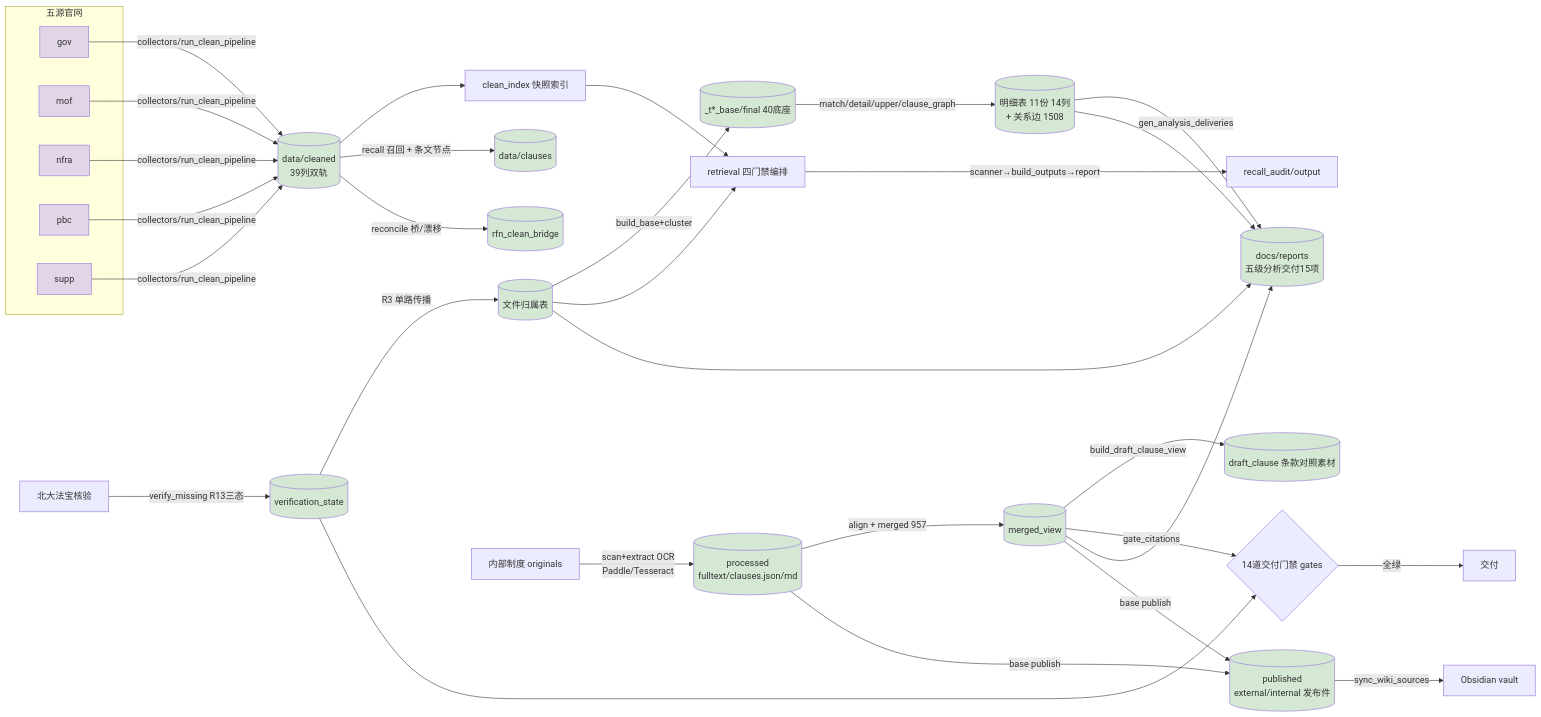
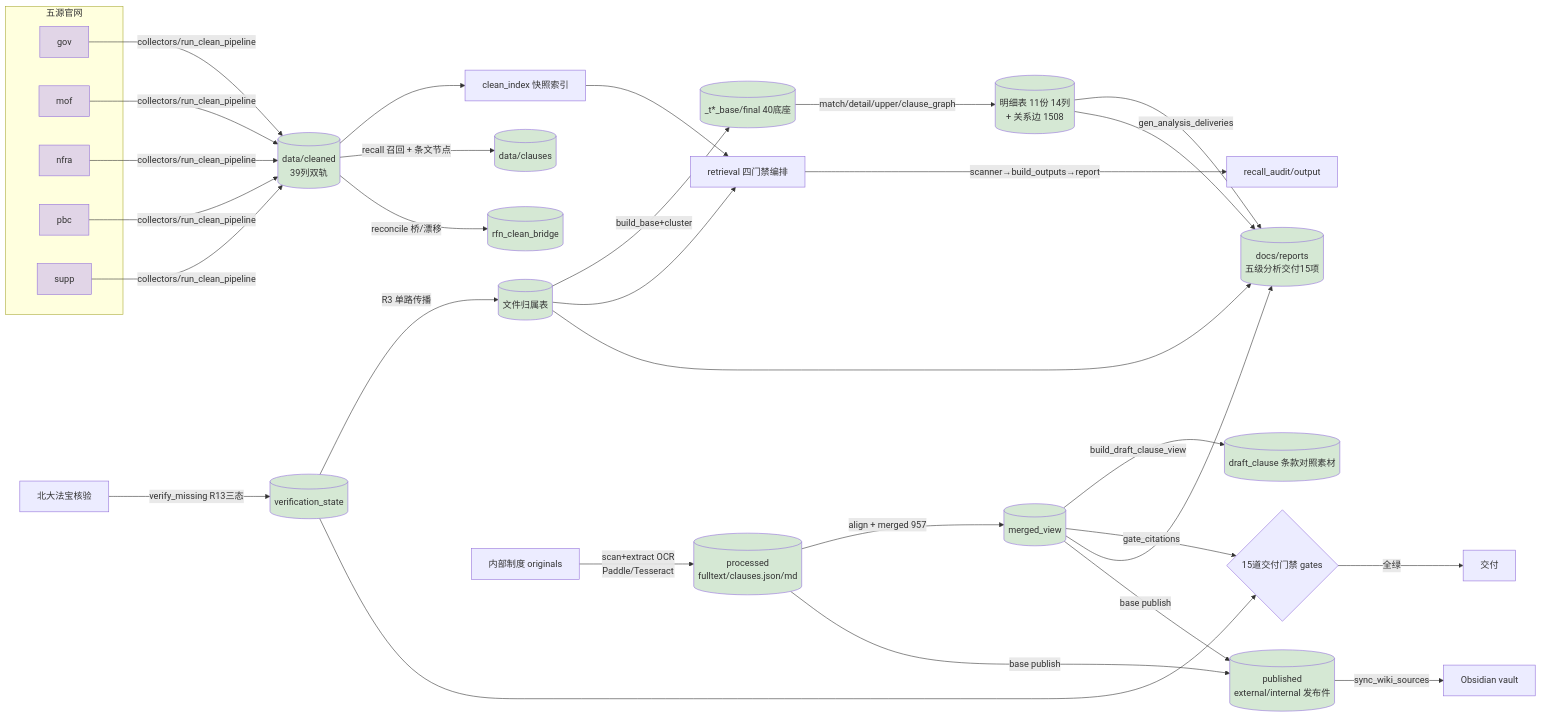
Before and after one commit to wangtierui/orchestrator: the second of 2 diagrams in README.md, drawn with Mermaid. The commit also changed other lines of this file and 9 other files, not shown here.

````diff
--- a/README.md
+++ b/README.md
@@ -174,30 +174,30 @@
 ```mermaid
 flowchart LR
     subgraph SRC[五源官网]
         G[gov] ; M[mof] ; N[nfra] ; P[pbc] ; S[supp]
     end
     G & M & N & P & S -->|collectors/run_clean_pipeline| C[(data/cleaned<br/>39列双轨)]
     C --> CI[clean_index 快照索引]
     C -->|recall 召回 + 条文节点| CL[(data/clauses)]
     C -->|reconcile 桥/漂移| B[(rfn_clean_bridge)]
     V[北大法宝核验] -->|verify_missing R13三态| ST[(verification_state)] -->|R3 单路传播| AT[(文件归属表)]
     AT -->|build_base+cluster| BS[(_t*_base/final 40底座)]
     BS -->|match/detail/upper/clause_graph| DT[(明细表 11份 14列<br/>+ 关系边 1508)]
     CI --> R[retrieval 四门禁编排]
     AT --> R
     R --->|scanner→build_outputs→report| OUT[recall_audit/output]
     INT[内部制度 originals] -->|scan+extract OCR<br/>Paddle/Tesseract| PC[(processed<br/>fulltext/clauses.json/md)]
     PC -->|align + merged 957| MV[(merged_view)]
     MV -->|build_draft_clause_view| DK[(draft_clause 条款对照素材)]
-    MV -->|gate_citations| G8{14道交付门禁 gates}
+    MV -->|gate_citations| G8{15道交付门禁 gates}
     ST --> G8
     DT -->|gen_analysis_deliveries| AN[(docs/reports<br/>五级分析交付15项)]
     AT & DT & MV --> AN
     PC & MV -->|base publish| PUB[(published<br/>external/internal 发布件)]
     PUB -->|sync_wiki_sources| KB[Obsidian vault]
     G8 -->|全绿| OK[交付]
     classDef src fill:#e1d5e7
     classDef store fill:#d5e8d4
     class G,M,N,P,S src
     class C,CL,B,ST,AT,BS,DT,PC,MV,DK,AN,PUB store
 ```
````
